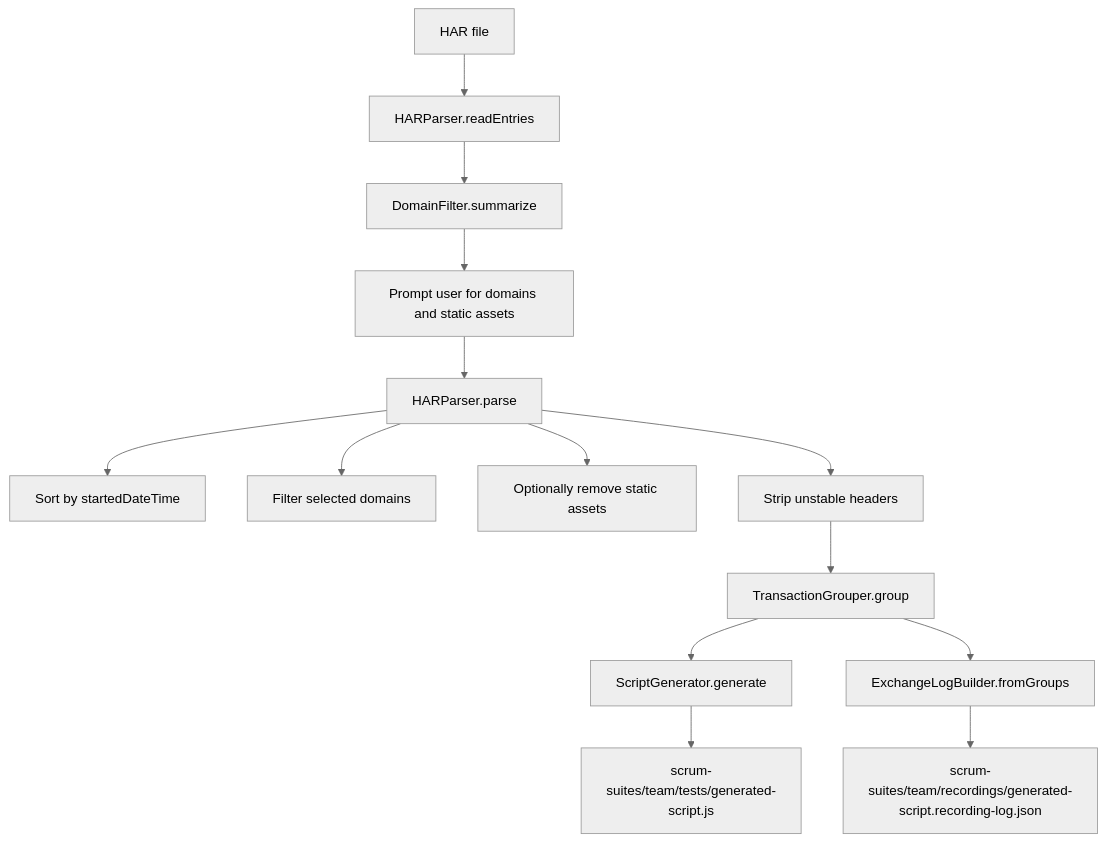
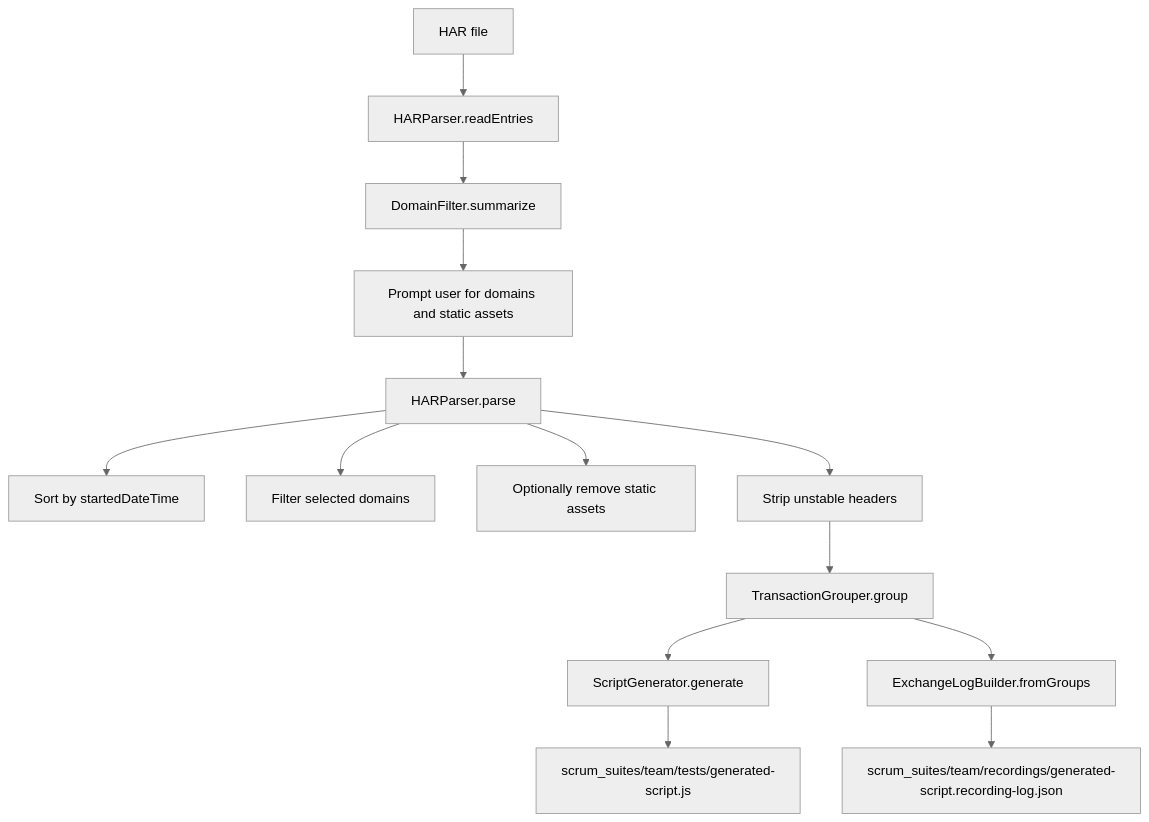
Before and after one commit to Mechavenger-adi/PerfFramework_k6: the third of 10 diagrams in Current-Framework-Flow.md, drawn with Mermaid (neutral theme). The commit also changed other lines of this file and 311 other files, not shown here.

````diff
--- a/Current-Framework-Flow.md
+++ b/Current-Framework-Flow.md
@@ -86,19 +86,19 @@
 ```mermaid
 flowchart TD
     HAR[HAR file] --> READ[HARParser.readEntries]
     READ --> SUM[DomainFilter.summarize]
     SUM --> PROMPTS[Prompt user for domains and static assets]
     PROMPTS --> PARSE[HARParser.parse]
 
     PARSE --> SORT[Sort by startedDateTime]
     PARSE --> DOM_FILTER[Filter selected domains]
     PARSE --> STATIC_FILTER[Optionally remove static assets]
     PARSE --> STRIP[Strip unstable headers]
 
     STRIP --> GROUP[TransactionGrouper.group]
     GROUP --> GEN_SCRIPT[ScriptGenerator.generate]
     GROUP --> GEN_REC_LOG[ExchangeLogBuilder.fromGroups]
 
-    GEN_SCRIPT --> SCRIPT_FILE[scrum-suites/team/tests/generated-script.js]
-    GEN_REC_LOG --> REC_FILE[scrum-suites/team/recordings/generated-script.recording-log.json]
+    GEN_SCRIPT --> SCRIPT_FILE[scrum_suites/team/tests/generated-script.js]
+    GEN_REC_LOG --> REC_FILE[scrum_suites/team/recordings/generated-script.recording-log.json]
 ```
````
